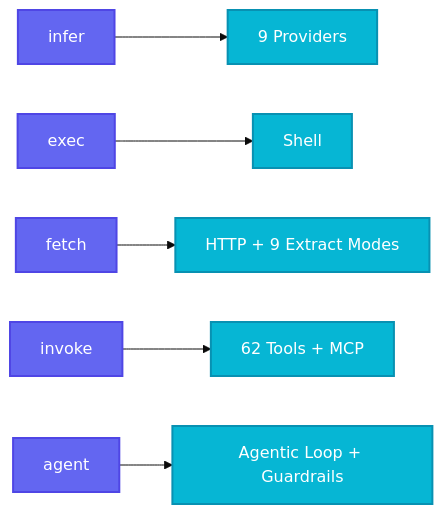
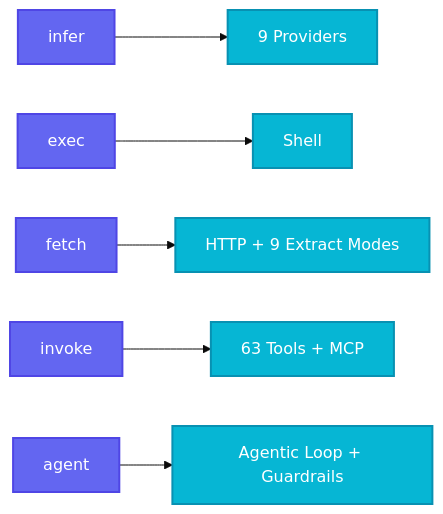
The first of 2 diagrams in README.md (supernovae-st/nika), drawn with Mermaid (base theme) before and after one commit. The commit also changed other lines of this file and 15 other files, not shown here.

````diff
--- a/README.md
+++ b/README.md
@@ -117,11 +117,11 @@
 ```mermaid
 flowchart LR
     classDef verb fill:#6366f1,stroke:#4f46e5,stroke-width:2px,color:#fff
     classDef target fill:#06b6d4,stroke:#0891b2,stroke-width:2px,color:#fff
 
     INFER[infer]:::verb --> LLM["9 Providers"]:::target
     EXEC[exec]:::verb --> SHELL[Shell]:::target
     FETCH[fetch]:::verb --> HTTP["HTTP + 9 Extract Modes"]:::target
-    INVOKE[invoke]:::verb --> TOOLS["62 Tools + MCP"]:::target
+    INVOKE[invoke]:::verb --> TOOLS["63 Tools + MCP"]:::target
     AGENT[agent]:::verb --> LOOP["Agentic Loop + Guardrails"]:::target
 ```
````
